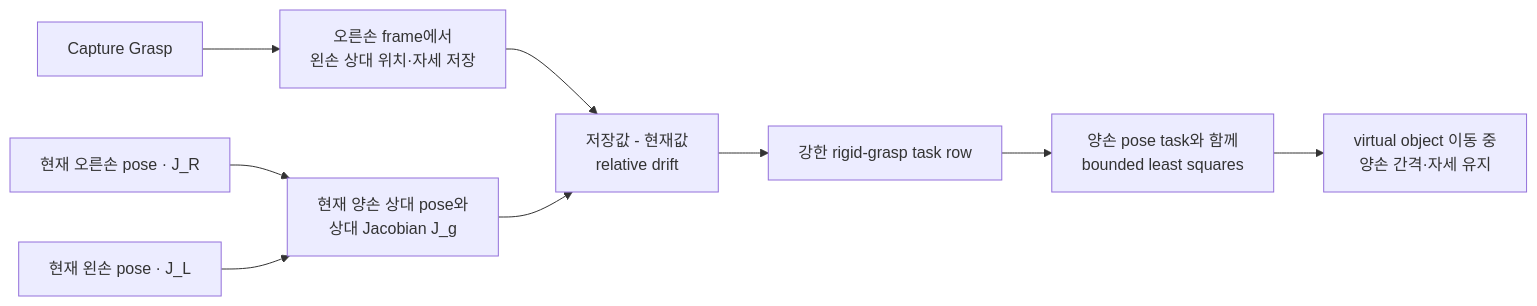
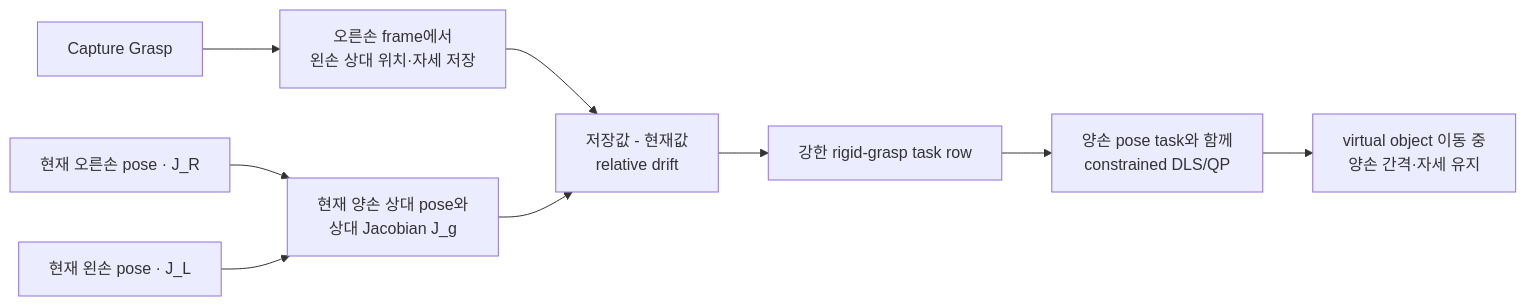
One commit to Geonhee-LEE/aiworker-mj-lab changed the fourth of 5 diagrams in docs/guide/whole_body_ik.md. Above: the diagram before and after it, drawn with Mermaid. The commit also changed other lines of this file and 25 other files, not shown here.

````diff
--- a/docs/guide/whole_body_ik.md
+++ b/docs/guide/whole_body_ik.md
@@ -279,11 +339,11 @@
 ```mermaid
 flowchart LR
     CAP["Capture Grasp"] --> REF["오른손 frame에서<br>왼손 상대 위치·자세 저장"]
     R["현재 오른손 pose · J_R"] --> REL["현재 양손 상대 pose와<br>상대 Jacobian J_g"]
     L["현재 왼손 pose · J_L"] --> REL
     REF --> ERR["저장값 - 현재값<br>relative drift"]
     REL --> ERR
     ERR --> ROW["강한 rigid-grasp task row"]
-    ROW --> SOLVE["양손 pose task와 함께<br>bounded least squares"]
+    ROW --> SOLVE["양손 pose task와 함께<br>constrained DLS/QP"]
     SOLVE --> HOLD["virtual object 이동 중<br>양손 간격·자세 유지"]
 ```
````
